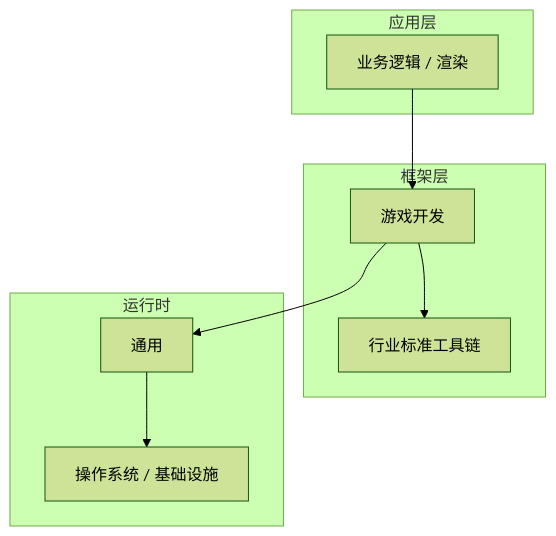
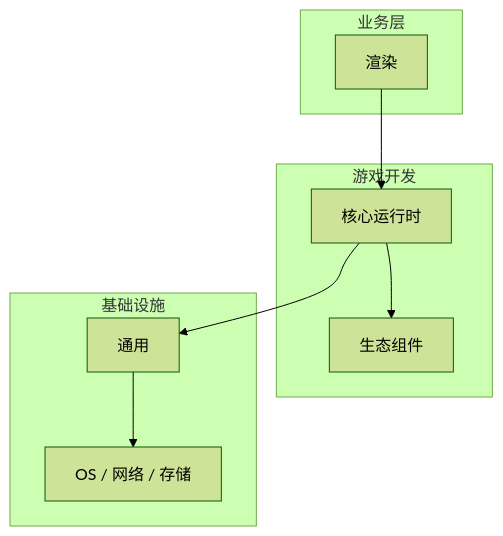
Before and after one commit to yanggan2015/knowledge-json-v2: the diagram in articles/游戏开发/chapters/061-渲染核心概念与原理.md, drawn with Mermaid (forest theme). The commit also changed other lines of this file and 10127 other files, not shown here.

````diff
--- a/articles/游戏开发/chapters/061-渲染核心概念与原理.md
+++ b/articles/游戏开发/chapters/061-渲染核心概念与原理.md
@@ -45,18 +30,18 @@
 ```mermaid
 graph TB
-    subgraph 应用层
-        A[业务逻辑 / 渲染]
+    subgraph 业务层
+        A[渲染]
     end
-    subgraph 框架层
-        B[游戏开发]
-        C[行业标准工具链]
+    subgraph 游戏开发
+        B[核心运行时]
+        C[生态组件]
     end
-    subgraph 运行时
+    subgraph 基础设施
         D[通用]
-        E[操作系统 / 基础设施]
+        E[OS / 网络 / 存储]
     end
     A --> B
     B --> C
     B --> D
     D --> E
 ```
````
